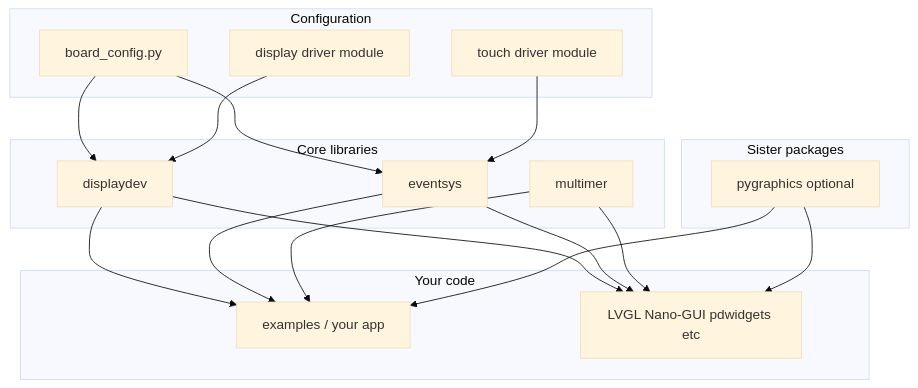
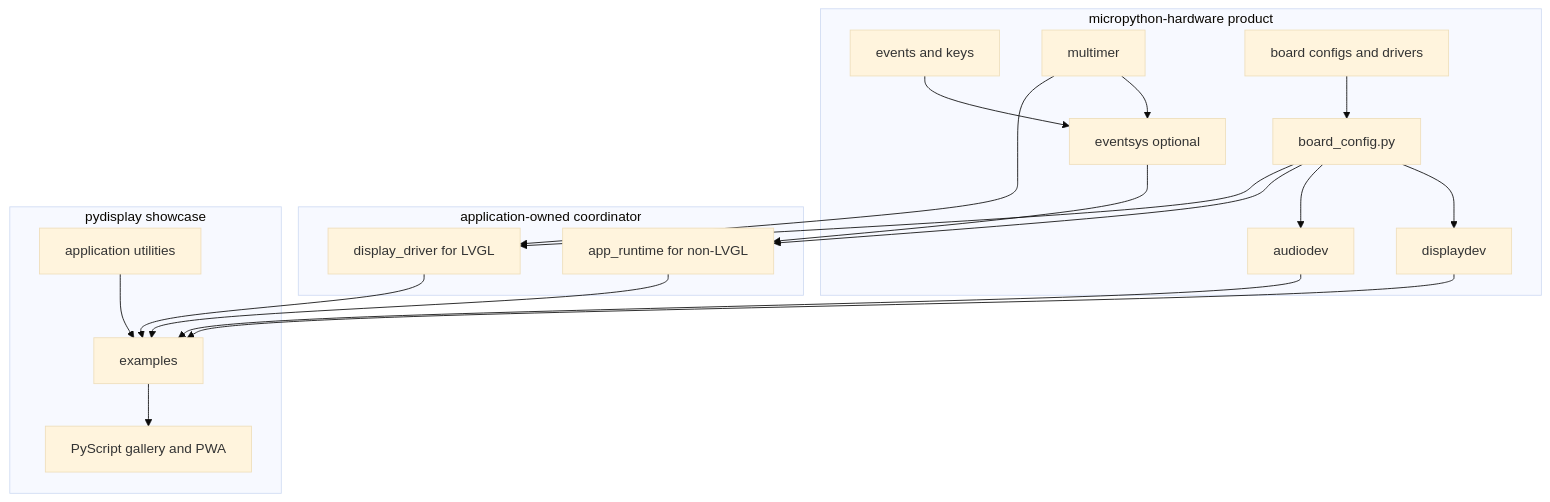
The diagram in docs/concepts/architecture.md (PyDevices/pydisplay), drawn with Mermaid (base theme) before and after one commit. The commit also changed other lines of this file and 165 other files, not shown here.

Commit message:
Refocus pydisplay on examples and the PyScript gallery

````diff
--- a/docs/concepts/architecture.md
+++ b/docs/concepts/architecture.md
@@ -7,32 +12,37 @@
 ```mermaid
 flowchart TB
-  subgraph config [Configuration]
+  subgraph product [micropython-hardware product]
     BC[board_config.py]
-    DD[display driver module]
-    TD[touch driver module]
+    DD[displaydev]
+    AD[audiodev]
+    EV[events and keys]
+    MT[multimer]
+    ES[eventsys optional]
+    DR[board configs and drivers]
   end
-  subgraph core [Core libraries]
-    DS[displaydev]
-    ES[eventsys]
-    MT[multimer]
+  subgraph coordinator [application-owned coordinator]
+    AR[app_runtime for non-LVGL]
+    LR[display_driver for LVGL]
   end
-  subgraph sister [Sister packages]
-    GR[pygraphics optional]
+  subgraph showcase [pydisplay showcase]
+    EX[examples]
+    UT[application utilities]
+    PW[PyScript gallery and PWA]
   end
-  subgraph app [Your code]
-    EX[examples / your app]
-    GUI[LVGL Nano-GUI pdwidgets etc]
-  end
-  BC --> DS
-  BC --> ES
-  DD --> DS
-  TD --> ES
-  DS --> EX
-  ES --> EX
-  MT --> EX
-  DS --> GUI
-  ES --> GUI
-  MT --> GUI
-  GR --> EX
-  GR --> GUI
+
+  DR --> BC
+  BC --> DD
+  BC --> AD
+  EV --> ES
+  MT --> ES
+  BC --> AR
+  ES --> AR
+  BC --> LR
+  MT --> LR
+  AR --> EX
+  LR --> EX
+  DD --> EX
+  AD --> EX
+  EX --> PW
+  UT --> EX
 ```
````
